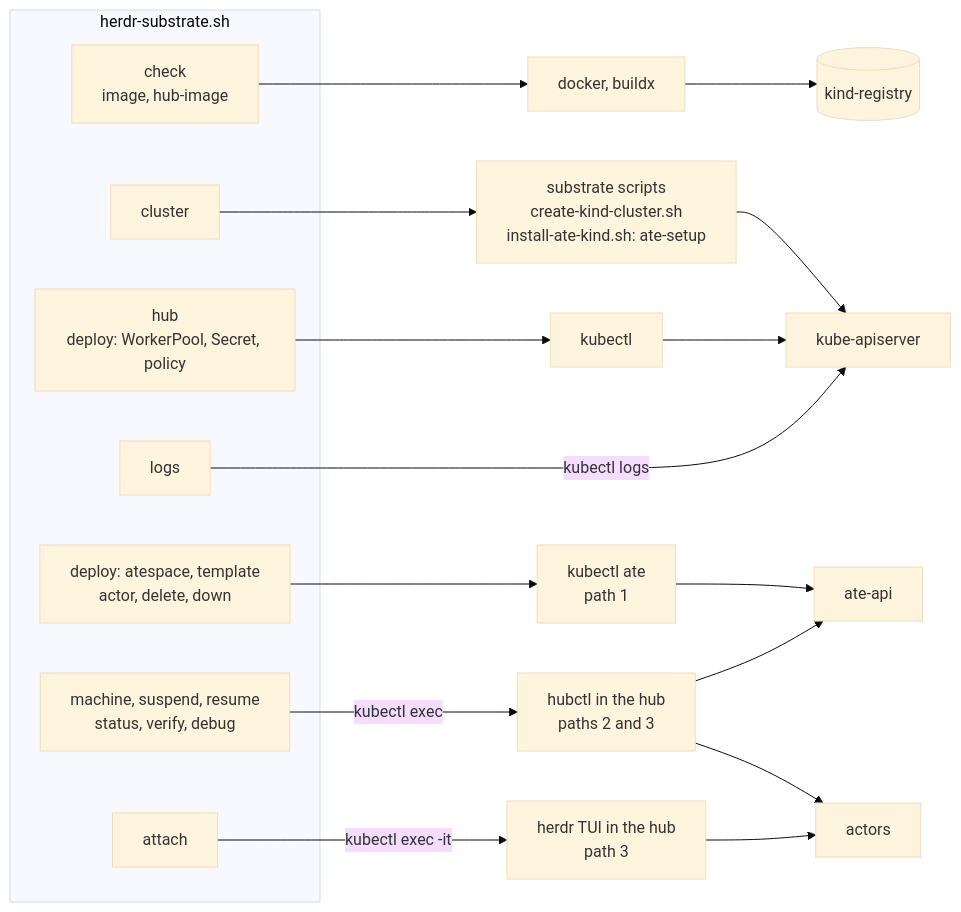
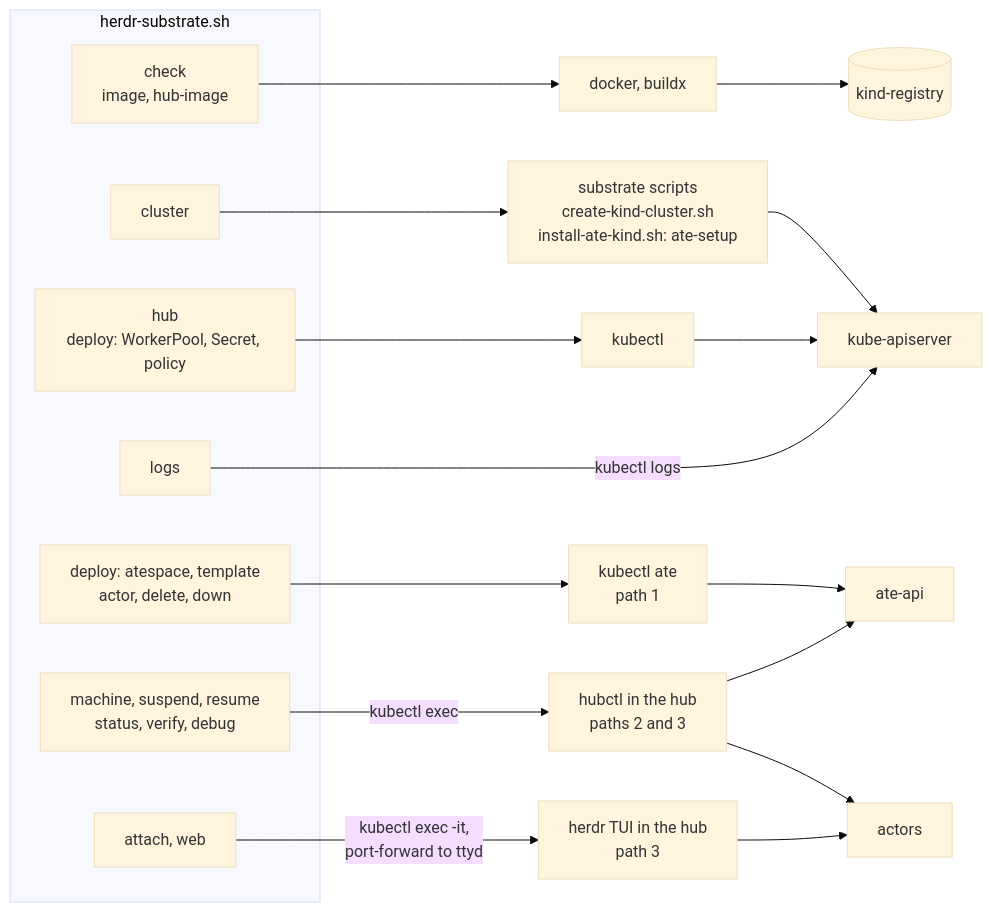
The ninth of 19 diagrams in README.md (danaschwanden/herdr-agent-substrate), drawn with Mermaid (base theme) before and after one commit. The commit also changed other lines of this file and 10 other files, not shown here.

````diff
--- a/README.md
+++ b/README.md
@@ -782,32 +835,32 @@
 ```mermaid
 flowchart LR
   subgraph cmds["herdr-substrate.sh"]
     c1["check<br/>image, hub-image"]
     c2["cluster"]
     c3["hub<br/>deploy: WorkerPool, Secret, policy"]
     c4["deploy: atespace, template<br/>actor, delete, down"]
     c5["machine, suspend, resume<br/>status, verify, debug"]
-    c6["attach"]
+    c6["attach, web"]
     c7["logs"]
   end
   docker["docker, buildx"]
   registry[("kind-registry")]
   substrate["substrate scripts<br/>create-kind-cluster.sh<br/>install-ate-kind.sh: ate-setup"]
   kubectl["kubectl"]
   kate["kubectl ate<br/>path 1"]
   hubctl["hubctl in the hub<br/>paths 2 and 3"]
   herdr["herdr TUI in the hub<br/>path 3"]
   kapi["kube-apiserver"]
   api["ate-api"]
   actor["actors"]
 
   c1 --> docker --> registry
   c2 --> substrate --> kapi
   c3 --> kubectl --> kapi
   c4 --> kate --> api
   c5 -->|"kubectl exec"| hubctl
   hubctl --> api
   hubctl --> actor
-  c6 -->|"kubectl exec -it"| herdr --> actor
+  c6 -->|"kubectl exec -it,<br/>port-forward to ttyd"| herdr --> actor
   c7 -->|"kubectl logs"| kapi
 ```
````
